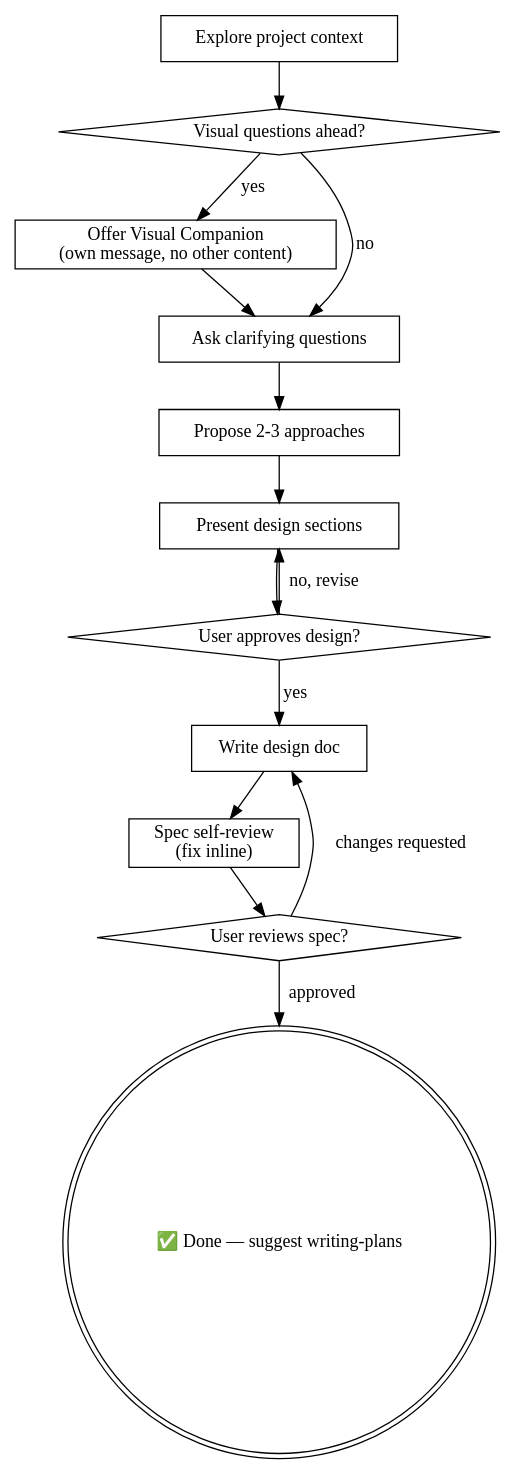
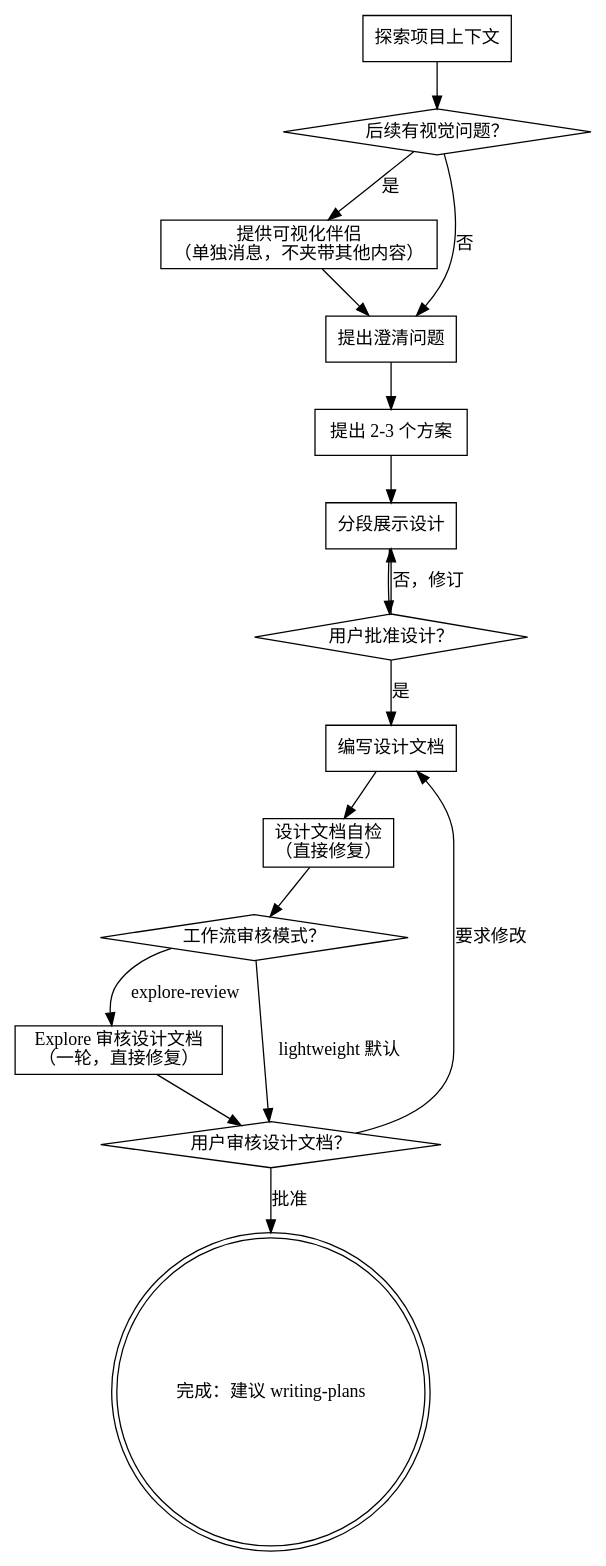
Before and after one commit to ysjai/.agent-skills: the diagram in personal-skills/brainstorming/SKILL.md, drawn with Graphviz. The commit also changed other lines of this file and 5 other files, not shown here.

````diff
--- a/personal-skills/brainstorming/SKILL.md
+++ b/personal-skills/brainstorming/SKILL.md
@@ -36,29 +39,34 @@
 ```dot
 digraph brainstorming {
-    "Explore project context" [shape=box];
-    "Visual questions ahead?" [shape=diamond];
-    "Offer Visual Companion\n(own message, no other content)" [shape=box];
-    "Ask clarifying questions" [shape=box];
-    "Propose 2-3 approaches" [shape=box];
-    "Present design sections" [shape=box];
-    "User approves design?" [shape=diamond];
-    "Write design doc" [shape=box];
-    "Spec self-review\n(fix inline)" [shape=box];
-    "User reviews spec?" [shape=diamond];
-    "✅ Done — suggest writing-plans" [shape=doublecircle];
+    "探索项目上下文" [shape=box];
+    "后续有视觉问题？" [shape=diamond];
+    "提供可视化伴侣\n（单独消息，不夹带其他内容）" [shape=box];
+    "提出澄清问题" [shape=box];
+    "提出 2-3 个方案" [shape=box];
+    "分段展示设计" [shape=box];
+    "用户批准设计？" [shape=diamond];
+    "编写设计文档" [shape=box];
+    "设计文档自检\n（直接修复）" [shape=box];
+    "工作流审核模式？" [shape=diamond];
+    "Explore 审核设计文档\n（一轮，直接修复）" [shape=box];
+    "用户审核设计文档？" [shape=diamond];
+    "完成：建议 writing-plans" [shape=doublecircle];
 
-    "Explore project context" -> "Visual questions ahead?";
-    "Visual questions ahead?" -> "Offer Visual Companion\n(own message, no other content)" [label="yes"];
-    "Visual questions ahead?" -> "Ask clarifying questions" [label="no"];
-    "Offer Visual Companion\n(own message, no other content)" -> "Ask clarifying questions";
-    "Ask clarifying questions" -> "Propose 2-3 approaches";
-    "Propose 2-3 approaches" -> "Present design sections";
-    "Present design sections" -> "User approves design?";
-    "User approves design?" -> "Present design sections" [label="no, revise"];
-    "User approves design?" -> "Write design doc" [label="yes"];
-    "Write design doc" -> "Spec self-review\n(fix inline)";
-    "Spec self-review\n(fix inline)" -> "User reviews spec?";
-    "User reviews spec?" -> "Write design doc" [label="changes requested"];
-    "User reviews spec?" -> "✅ Done — suggest writing-plans" [label="approved"];
+    "探索项目上下文" -> "后续有视觉问题？";
+    "后续有视觉问题？" -> "提供可视化伴侣\n（单独消息，不夹带其他内容）" [label="是"];
+    "后续有视觉问题？" -> "提出澄清问题" [label="否"];
+    "提供可视化伴侣\n（单独消息，不夹带其他内容）" -> "提出澄清问题";
+    "提出澄清问题" -> "提出 2-3 个方案";
+    "提出 2-3 个方案" -> "分段展示设计";
+    "分段展示设计" -> "用户批准设计？";
+    "用户批准设计？" -> "分段展示设计" [label="否，修订"];
+    "用户批准设计？" -> "编写设计文档" [label="是"];
+    "编写设计文档" -> "设计文档自检\n（直接修复）";
+    "设计文档自检\n（直接修复）" -> "工作流审核模式？";
+    "工作流审核模式？" -> "Explore 审核设计文档\n（一轮，直接修复）" [label="explore-review"];
+    "工作流审核模式？" -> "用户审核设计文档？" [label="lightweight 默认"];
+    "Explore 审核设计文档\n（一轮，直接修复）" -> "用户审核设计文档？";
+    "用户审核设计文档？" -> "编写设计文档" [label="要求修改"];
+    "用户审核设计文档？" -> "完成：建议 writing-plans" [label="批准"];
 }
 ```
````
